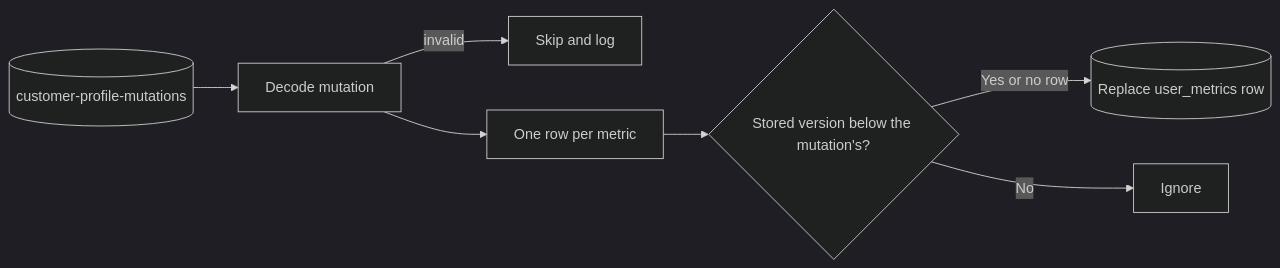
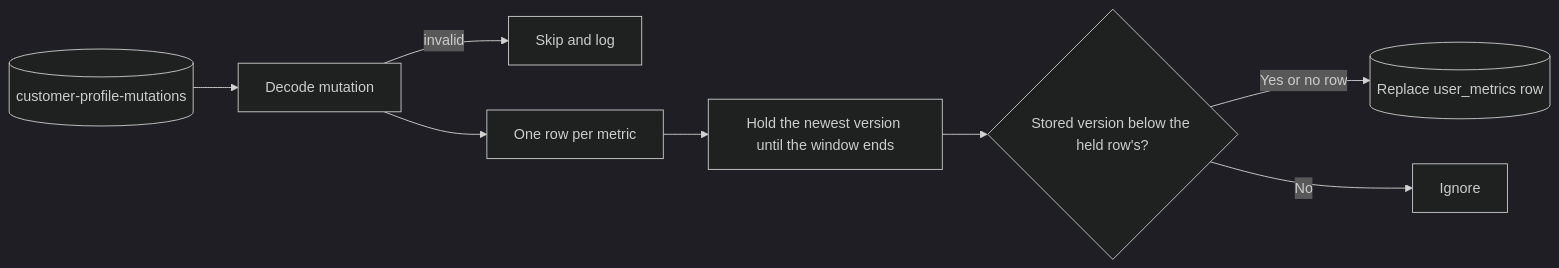
Before and after one commit to 18120158binh/salarose: the diagram in docs/internal/architecture/components/profile-writer.md, drawn with Mermaid (dark theme). The commit also changed other lines of this file and 35 other files, not shown here.

First line of the commit message:
docs(architecture): storage tiers, Iceberg lakehouse, and state recovery (#99)

````diff
--- a/docs/internal/architecture/components/profile-writer.md
+++ b/docs/internal/architecture/components/profile-writer.md
@@ -52,9 +54,10 @@
 ```mermaid
 flowchart LR
 	topic[(customer-profile-mutations)] --> decode[Decode mutation]
 	decode -->|invalid| skip[Skip and log]
 	decode --> rows[One row per metric]
-	rows --> guard{Stored version below the mutation's?}
+	rows --> hold[Hold the newest version until the window ends]
+	hold --> guard{Stored version below the held row's?}
 	guard -->|Yes or no row| upsert[(Replace user_metrics row)]
 	guard -->|No| ignore[Ignore]
 ```
````
